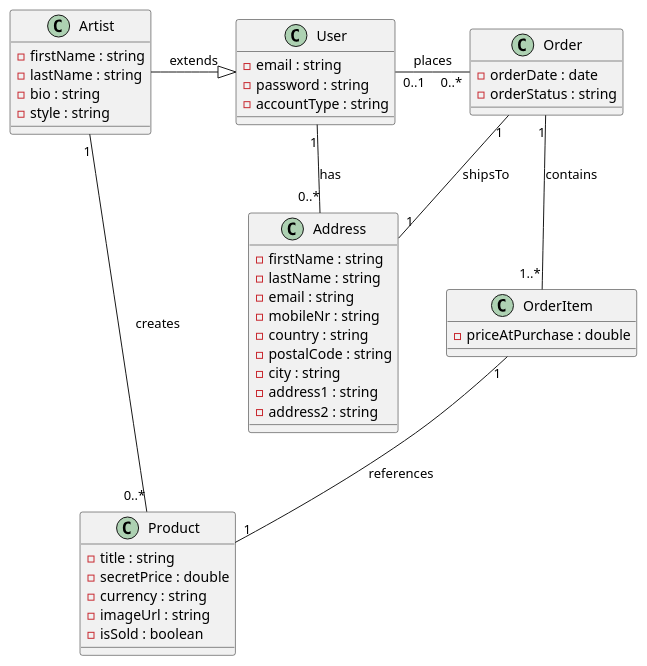
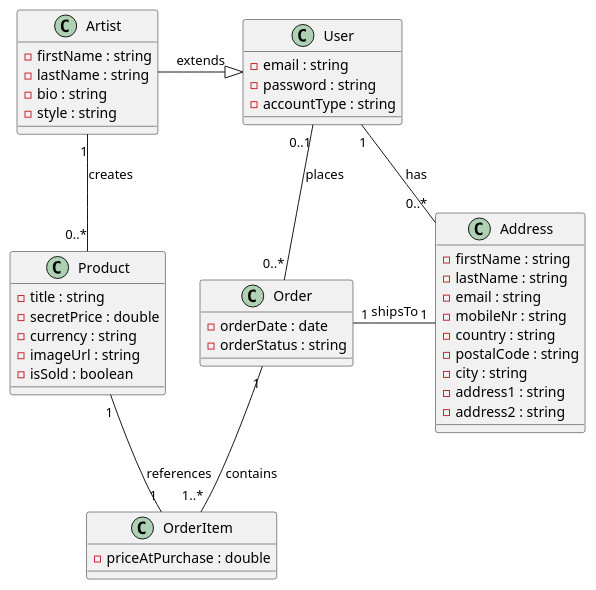
The diagram in puml/domain_model_diagram.puml (golihaidari/BidGallery), drawn with PlantUML before and after one commit. The commit also changed 36 other files, not shown here.

```diff
--- a/puml/domain_model_diagram.puml
+++ b/puml/domain_model_diagram.puml
@@ -1,61 +1,61 @@
 @startuml domain_model
-skinparam ranksep 3.5
-
+skinparam ranksep 3.7
 ' -------------------
 ' DOMAIN MODEL
 ' -------------------
 
 class User {
     - email : string
     - password : string
     - accountType : string
 }
 
 class Artist {
     - firstName : string
     - lastName : string
     - bio : string
     - style : string
 }
 
 class Product {
     - title : string
     - secretPrice : double
     - currency : string
     - imageUrl : string
     - isSold : boolean
 }
 
 class Address {
     - firstName : string
     - lastName : string
     - email : string
     - mobileNr : string
     - country : string
     - postalCode : string
     - city : string
     - address1 : string
     - address2 : string
 }
 
 class Order {
     - orderDate : date
     - orderStatus : string
 }
 
 class OrderItem {
     - priceAtPurchase : double
 }
 
 ' -------------------
 ' RELATIONSHIPS
 ' -------------------
 Artist -right-|> User : extends
-User "0..1" -right- "0..*" Order : places
+User "0..1" -- "0..*" Order : places
 User "1" -- "0..*" Address : has
-Artist "1" -- "0..*" Product : creates
-Order "1" -- "1..*" OrderItem : contains
-OrderItem "1" -- "1" Product : references
-Order "1" -- "1" Address : shipsTo
+Order "1" -right- "1" Address : shipsTo
+Artist "1" -down- "0..*" Product : creates
+Order "1" -down- "1..*" OrderItem : contains
+OrderItem "1" -up- "1" Product : references
+
 
 @enduml
```
